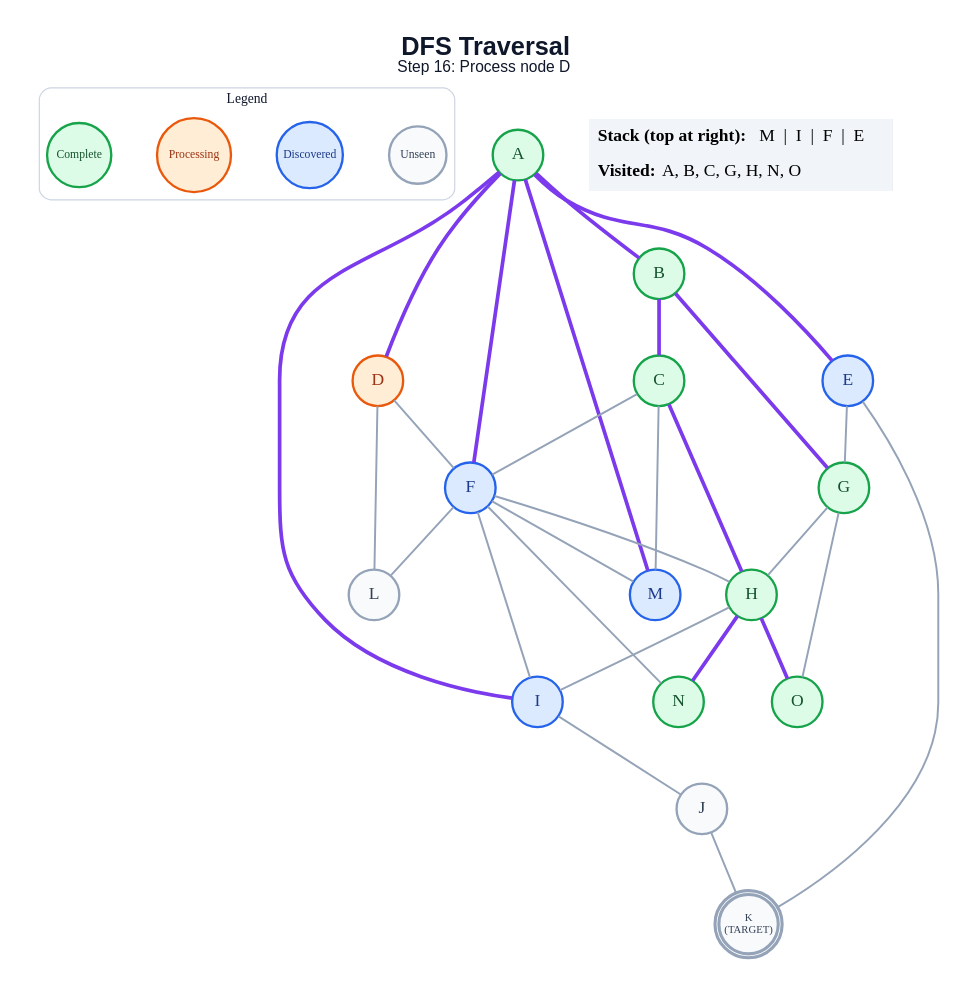
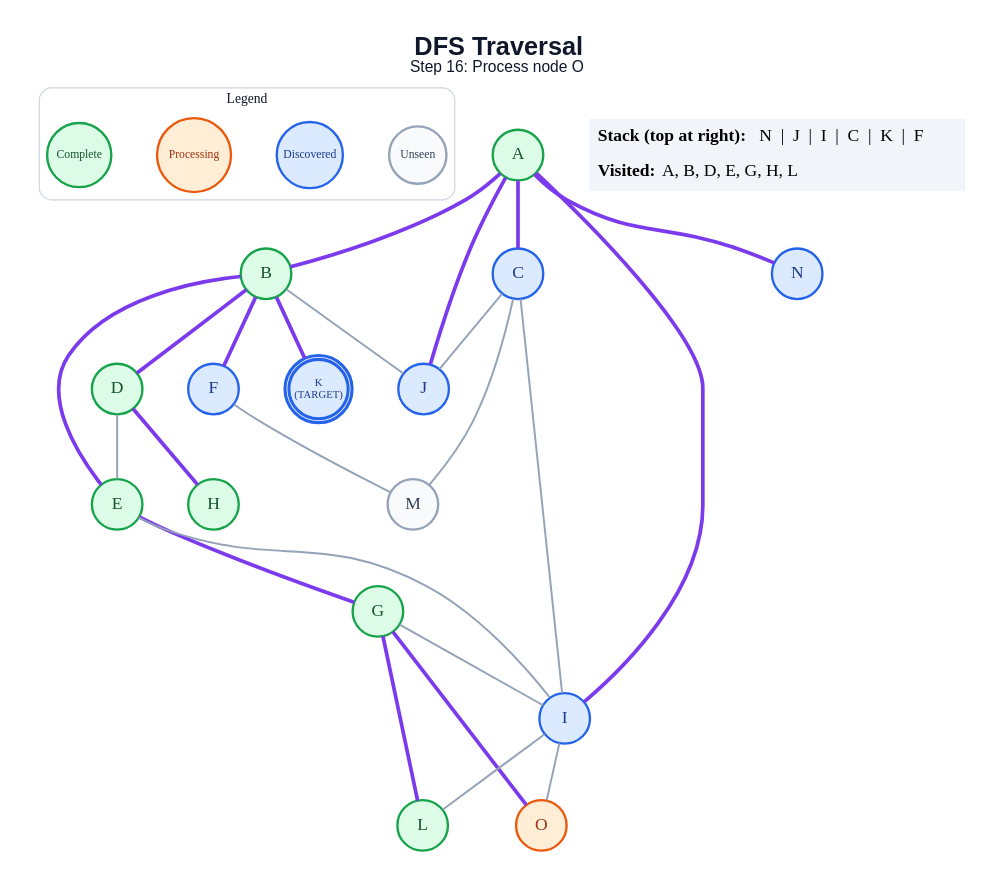
The diagram in generated/dfs/step_16.dot (anon7238593-create/ai-slop), drawn with Graphviz before and after one commit. The commit also changed 273 other files, not shown here.

```diff
--- a/generated/dfs/step_16.dot
+++ b/generated/dfs/step_16.dot
@@ -1,61 +1,57 @@
 graph traversal {
   graph [layout=dot, rankdir=TB, bgcolor="#FFFFFF", pad="0.35", nodesep="0.65", ranksep="0.8", fontname="Arial"];
   node [shape=circle, style="filled", fontname="Arial Bold", fontsize=18, width=0.72, fixedsize=true, penwidth=2.4];
   edge [color="#94A3B8", penwidth=2.0];
-  label=<<B>DFS Traversal</B><BR/><FONT POINT-SIZE="16">Step 16: Process node D</FONT>>; labelloc="t"; fontsize=26; fontname="Arial"; fontcolor="#0F172A";
+  label=<<B>DFS Traversal</B><BR/><FONT POINT-SIZE="16">Step 16: Process node O</FONT>>; labelloc="t"; fontsize=26; fontname="Arial"; fontcolor="#0F172A";
   subgraph cluster_legend { label="Legend"; color="#CBD5E1"; penwidth=1.2; style="rounded"; fontsize=14; fontname="Arial Bold";
     key_unseen [label="Unseen", fillcolor="#F8FAFC", color="#94A3B8", fontcolor="#334155", fontsize=12, width=0.82];
     key_frontier [label="Discovered", fillcolor="#DBEAFE", color="#2563EB", fontcolor="#1E3A8A", fontsize=12, width=0.95];
     key_current [label="Processing", fillcolor="#FFEDD5", color="#EA580C", fontcolor="#9A3412", fontsize=12, width=1.05];
     key_done [label="Complete", fillcolor="#DCFCE7", color="#16A34A", fontcolor="#14532D", fontsize=12, width=0.92];
     { rank=same; key_unseen; key_frontier; key_current; key_done; }
   }
   A [label="A", fillcolor="#DCFCE7", color="#16A34A", fontcolor="#14532D", peripheries=1, penwidth=2.4];
   B [label="B", fillcolor="#DCFCE7", color="#16A34A", fontcolor="#14532D", peripheries=1, penwidth=2.4];
-  C [label="C", fillcolor="#DCFCE7", color="#16A34A", fontcolor="#14532D", peripheries=1, penwidth=2.4];
-  D [label="D", fillcolor="#FFEDD5", color="#EA580C", fontcolor="#9A3412", peripheries=1, penwidth=2.4];
-  E [label="E", fillcolor="#DBEAFE", color="#2563EB", fontcolor="#1E3A8A", peripheries=1, penwidth=2.4];
+  C [label="C", fillcolor="#DBEAFE", color="#2563EB", fontcolor="#1E3A8A", peripheries=1, penwidth=2.4];
+  D [label="D", fillcolor="#DCFCE7", color="#16A34A", fontcolor="#14532D", peripheries=1, penwidth=2.4];
+  E [label="E", fillcolor="#DCFCE7", color="#16A34A", fontcolor="#14532D", peripheries=1, penwidth=2.4];
   F [label="F", fillcolor="#DBEAFE", color="#2563EB", fontcolor="#1E3A8A", peripheries=1, penwidth=2.4];
   G [label="G", fillcolor="#DCFCE7", color="#16A34A", fontcolor="#14532D", peripheries=1, penwidth=2.4];
   H [label="H", fillcolor="#DCFCE7", color="#16A34A", fontcolor="#14532D", peripheries=1, penwidth=2.4];
   I [label="I", fillcolor="#DBEAFE", color="#2563EB", fontcolor="#1E3A8A", peripheries=1, penwidth=2.4];
-  J [label="J", fillcolor="#F8FAFC", color="#94A3B8", fontcolor="#334155", peripheries=1, penwidth=2.4];
-  K [label="K\n(TARGET)", fillcolor="#F8FAFC", color="#94A3B8", fontcolor="#334155", peripheries=2, penwidth=3.2, fontsize=11, width=0.85, height=0.85];
-  L [label="L", fillcolor="#F8FAFC", color="#94A3B8", fontcolor="#334155", peripheries=1, penwidth=2.4];
-  M [label="M", fillcolor="#DBEAFE", color="#2563EB", fontcolor="#1E3A8A", peripheries=1, penwidth=2.4];
-  N [label="N", fillcolor="#DCFCE7", color="#16A34A", fontcolor="#14532D", peripheries=1, penwidth=2.4];
-  O [label="O", fillcolor="#DCFCE7", color="#16A34A", fontcolor="#14532D", peripheries=1, penwidth=2.4];
+  J [label="J", fillcolor="#DBEAFE", color="#2563EB", fontcolor="#1E3A8A", peripheries=1, penwidth=2.4];
+  K [label="K\n(TARGET)", fillcolor="#DBEAFE", color="#2563EB", fontcolor="#1E3A8A", peripheries=2, penwidth=3.2, fontsize=11, width=0.85, height=0.85];
+  L [label="L", fillcolor="#DCFCE7", color="#16A34A", fontcolor="#14532D", peripheries=1, penwidth=2.4];
+  M [label="M", fillcolor="#F8FAFC", color="#94A3B8", fontcolor="#334155", peripheries=1, penwidth=2.4];
+  N [label="N", fillcolor="#DBEAFE", color="#2563EB", fontcolor="#1E3A8A", peripheries=1, penwidth=2.4];
+  O [label="O", fillcolor="#FFEDD5", color="#EA580C", fontcolor="#9A3412", peripheries=1, penwidth=2.4];
   A -- B [color="#7C3AED", penwidth=3.8];
-  A -- D [color="#7C3AED", penwidth=3.8];
-  A -- E [color="#7C3AED", penwidth=3.8];
-  A -- F [color="#7C3AED", penwidth=3.8];
+  A -- C [color="#7C3AED", penwidth=3.8];
   A -- I [color="#7C3AED", penwidth=3.8];
-  A -- M [color="#7C3AED", penwidth=3.8];
-  B -- C [color="#7C3AED", penwidth=3.8];
-  B -- G [color="#7C3AED", penwidth=3.8];
-  C -- F;
-  C -- H [color="#7C3AED", penwidth=3.8];
+  A -- J [color="#7C3AED", penwidth=3.8];
+  A -- N [color="#7C3AED", penwidth=3.8];
+  B -- D [color="#7C3AED", penwidth=3.8];
+  B -- E [color="#7C3AED", penwidth=3.8];
+  B -- F [color="#7C3AED", penwidth=3.8];
+  B -- J;
+  B -- K [color="#7C3AED", penwidth=3.8];
+  C -- I;
+  C -- J;
   C -- M;
-  D -- F;
-  D -- L;
-  E -- G;
-  E -- K;
-  F -- H;
-  F -- I;
-  F -- L;
+  D -- E;
+  D -- H [color="#7C3AED", penwidth=3.8];
+  E -- G [color="#7C3AED", penwidth=3.8];
+  E -- I;
   F -- M;
-  F -- N;
-  G -- H;
-  G -- O;
-  H -- I;
-  H -- N [color="#7C3AED", penwidth=3.8];
-  H -- O [color="#7C3AED", penwidth=3.8];
-  I -- J;
-  J -- K;
+  G -- I;
+  G -- L [color="#7C3AED", penwidth=3.8];
+  G -- O [color="#7C3AED", penwidth=3.8];
+  I -- L;
+  I -- O;
   status [shape=plain, fixedsize=false, width=0, height=0, margin=0, label=<
     <TABLE BORDER="0" CELLBORDER="0" CELLPADDING="7" BGCOLOR="#F1F5F9">
-      <TR><TD ALIGN="LEFT"><B>Stack (top at right):</B> M  |  I  |  F  |  E</TD></TR>
-      <TR><TD ALIGN="LEFT"><B>Visited:</B> A, B, C, G, H, N, O</TD></TR>
+      <TR><TD ALIGN="LEFT"><B>Stack (top at right):</B> N  |  J  |  I  |  C  |  K  |  F</TD></TR>
+      <TR><TD ALIGN="LEFT"><B>Visited:</B> A, B, D, E, G, H, L</TD></TR>
     </TABLE>
   >];
 }
```
